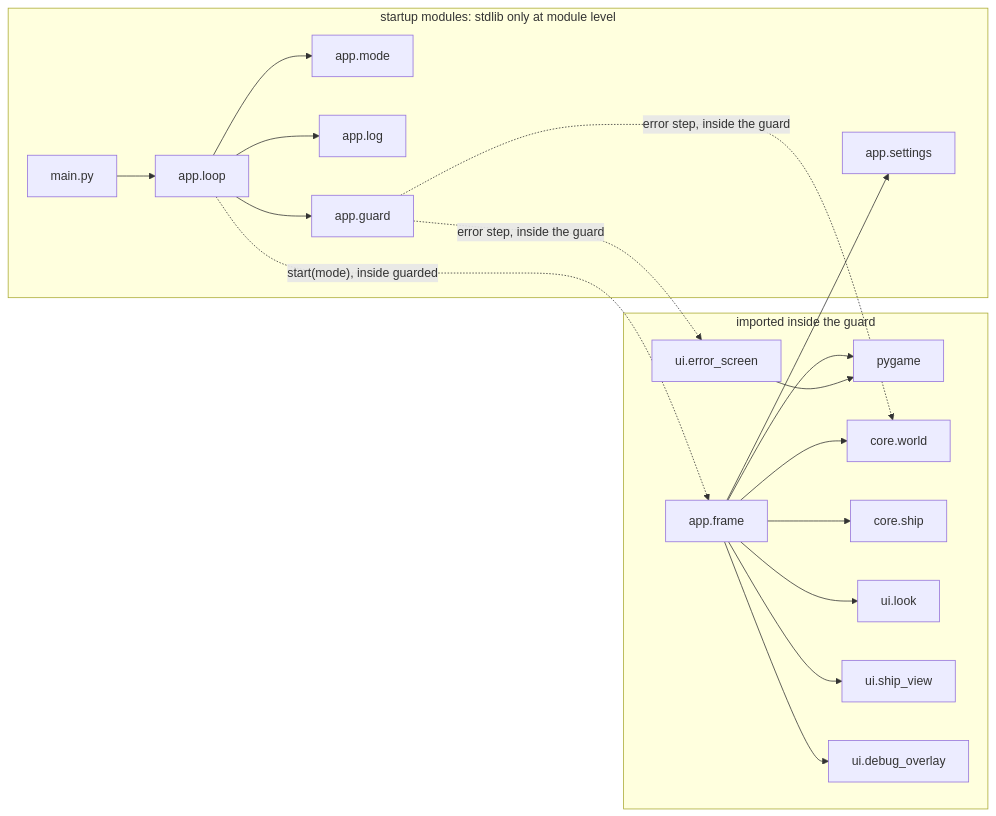
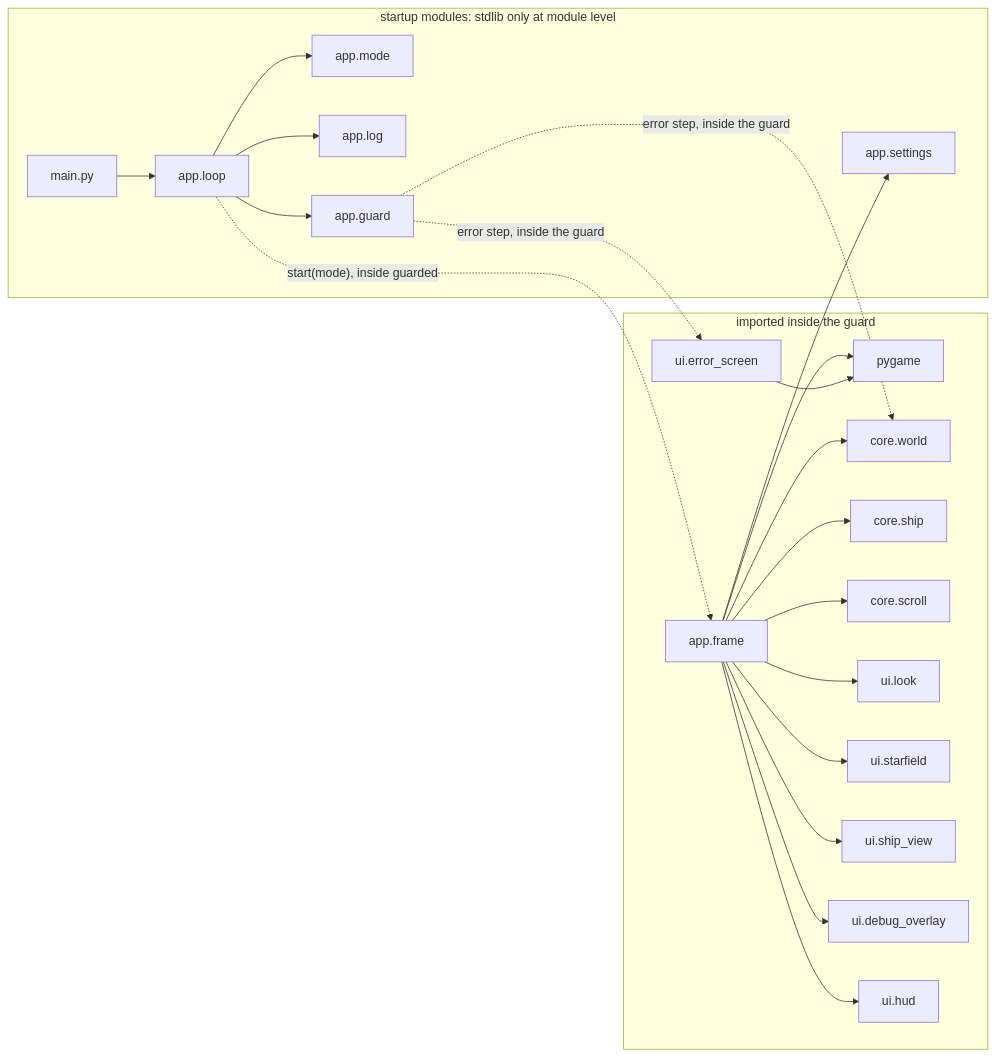
The second of 3 diagrams in docs/contracts/DRA-5/DRA-5-app.md (david-mntl/driftward-ace), drawn with Mermaid before and after one commit. The commit also changed other lines of this file and 11 other files, not shown here.

````diff
--- a/docs/contracts/DRA-5/DRA-5-app.md
+++ b/docs/contracts/DRA-5/DRA-5-app.md
@@ -39,23 +43,26 @@
 ```mermaid
 flowchart LR
   subgraph startup["startup modules: stdlib only at module level"]
     MA["main.py"] --> LO["app.loop"]
     LO --> MO["app.mode"]
     LO --> LG["app.log"]
     LO --> GU["app.guard"]
     ST["app.settings"]
   end
   subgraph guarded["imported inside the guard"]
     FR["app.frame"] --> PG["pygame"]
     FR --> CW["core.world"]
     FR --> CS["core.ship"]
+    FR --> CC["core.scroll"]
     FR --> UL["ui.look"]
+    FR --> SF["ui.starfield"]
     FR --> SV["ui.ship_view"]
     FR --> DO["ui.debug_overlay"]
+    FR --> HU["ui.hud"]
     ES["ui.error_screen"] --> PG
   end
   LO -. "start(mode), inside guarded" .-> FR
   GU -. "error step, inside the guard" .-> ES
   GU -. "error step, inside the guard" .-> CW
   FR --> ST
 ```
````
